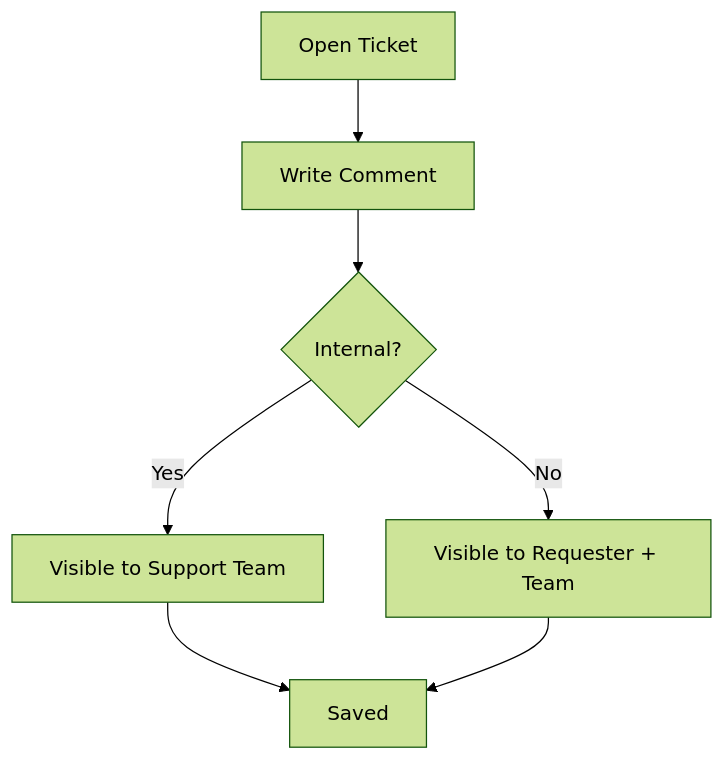
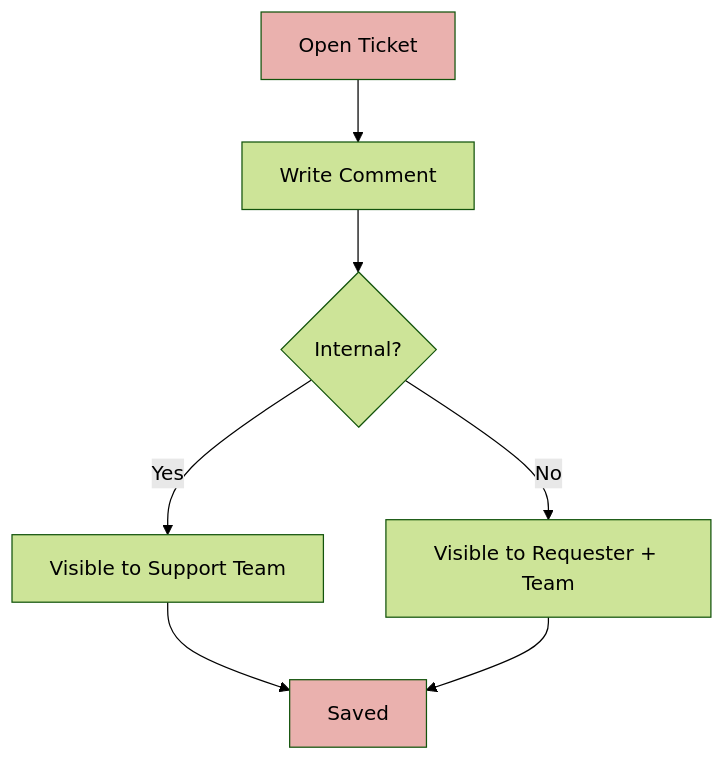
The second of 7 diagrams in NTG-Ticket-User Guide.md (salmanb74-dev/ntg-ticket), drawn with Mermaid (forest theme) before and after one commit. The commit also changed other lines of this file, not shown here.

````diff
--- a/NTG-Ticket-User Guide.md
+++ b/NTG-Ticket-User Guide.md
@@ -123,9 +121,11 @@
 ```mermaid
 flowchart TD
     A[Open Ticket] --> B[Write Comment]
     B --> C{Internal?}
     C -- Yes --> D[Visible to Support Team]
     C -- No --> E[Visible to Requester + Team]
     D --> F[Saved]
     E --> F[Saved]
+    style A fill:#EAB1AE
+    style F fill:#EAB1AE
 ```
````
